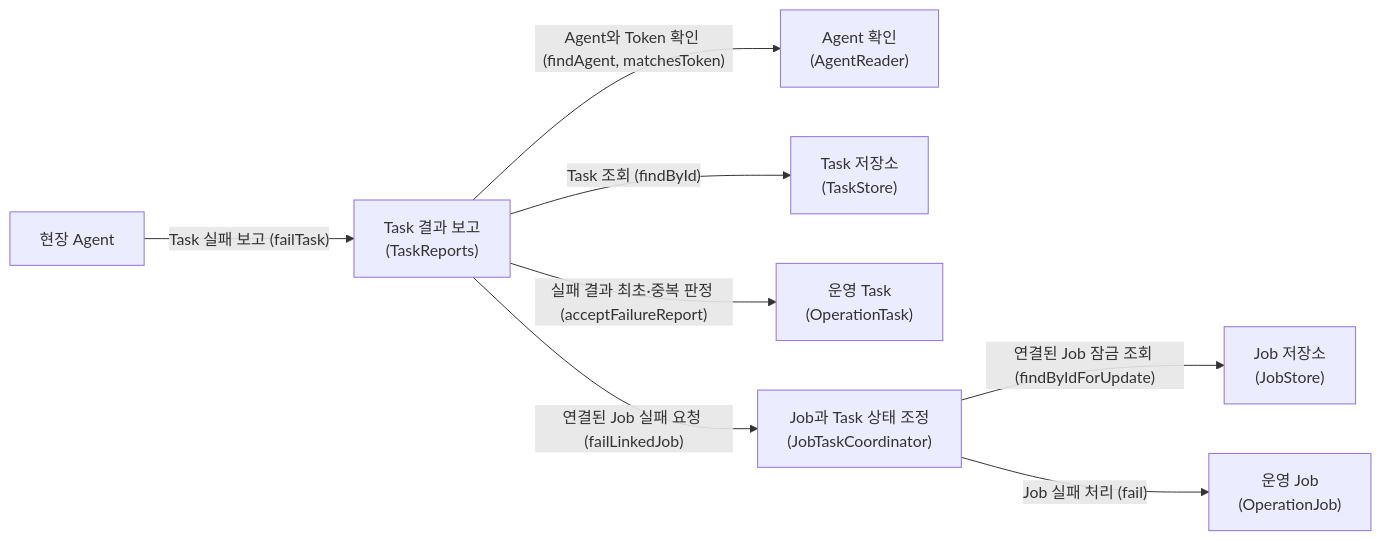
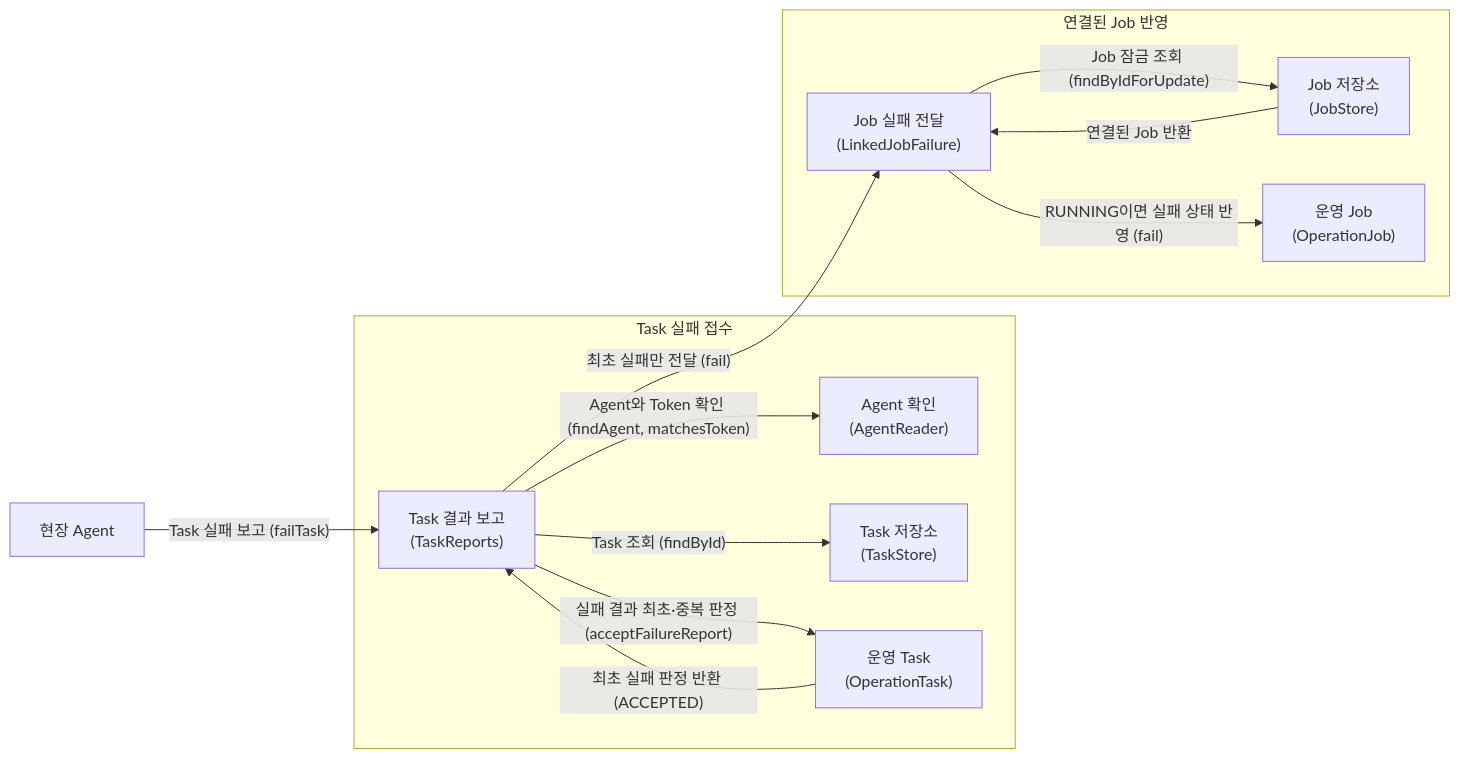
The ninth of 11 diagrams in docs/diagram/유스케이스별-객체-관계.md (hsjni0110/db-fleet-ops), drawn with Mermaid before and after one commit. The commit also changed other lines of this file and 22 other files, not shown here.

Commit message:
refactor: separate job task status responsibilities

````diff
--- a/docs/diagram/유스케이스별-객체-관계.md
+++ b/docs/diagram/유스케이스별-객체-관계.md
@@ -205,19 +213,27 @@
 ```mermaid
 flowchart LR
     AGENT[현장 Agent]
-    REPORTS["Task 결과 보고<br/>(TaskReports)"]
-    AGENTS["Agent 확인<br/>(AgentReader)"]
-    STORE["Task 저장소<br/>(TaskStore)"]
-    TASK["운영 Task<br/>(OperationTask)"]
-    COORDINATOR["Job과 Task 상태 조정<br/>(JobTaskCoordinator)"]
-    JOB_STORE["Job 저장소<br/>(JobStore)"]
-    JOB["운영 Job<br/>(OperationJob)"]
+
+    subgraph TASK_RESULT["Task 실패 접수"]
+        REPORTS["Task 결과 보고<br/>(TaskReports)"]
+        AGENTS["Agent 확인<br/>(AgentReader)"]
+        STORE["Task 저장소<br/>(TaskStore)"]
+        TASK["운영 Task<br/>(OperationTask)"]
+    end
+
+    subgraph JOB_RESULT["연결된 Job 반영"]
+        JOB_FAILURE["Job 실패 전달<br/>(LinkedJobFailure)"]
+        JOB_STORE["Job 저장소<br/>(JobStore)"]
+        JOB["운영 Job<br/>(OperationJob)"]
+    end
 
     AGENT -->|"Task 실패 보고 (failTask)"| REPORTS
     REPORTS -->|"Agent와 Token 확인 (findAgent, matchesToken)"| AGENTS
     REPORTS -->|"Task 조회 (findById)"| STORE
     REPORTS -->|"실패 결과 최초·중복 판정 (acceptFailureReport)"| TASK
-    REPORTS -->|"연결된 Job 실패 요청 (failLinkedJob)"| COORDINATOR
-    COORDINATOR -->|"연결된 Job 잠금 조회 (findByIdForUpdate)"| JOB_STORE
-    COORDINATOR -->|"Job 실패 처리 (fail)"| JOB
+    TASK -->|"최초 실패 판정 반환 (ACCEPTED)"| REPORTS
+    REPORTS -->|"최초 실패만 전달 (fail)"| JOB_FAILURE
+    JOB_FAILURE -->|"Job 잠금 조회 (findByIdForUpdate)"| JOB_STORE
+    JOB_STORE -->|"연결된 Job 반환"| JOB_FAILURE
+    JOB_FAILURE -->|"RUNNING이면 실패 상태 반영 (fail)"| JOB
 ```
````
